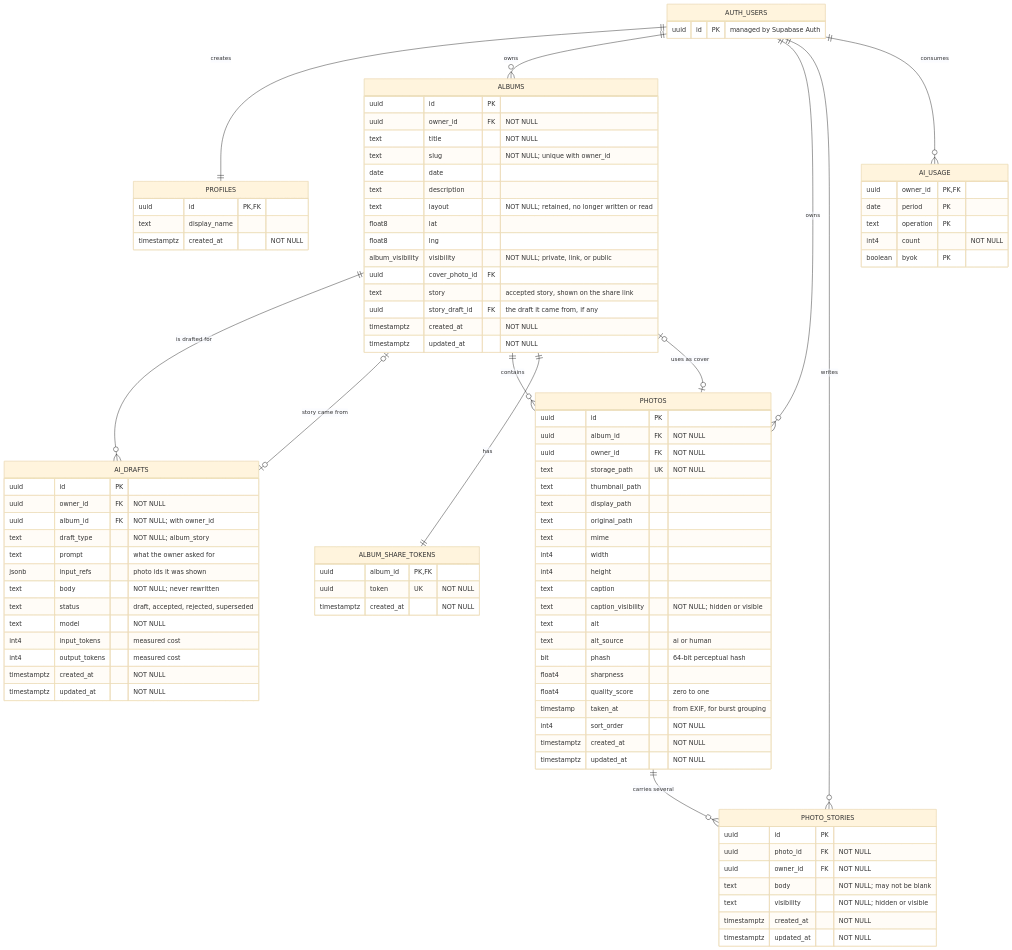
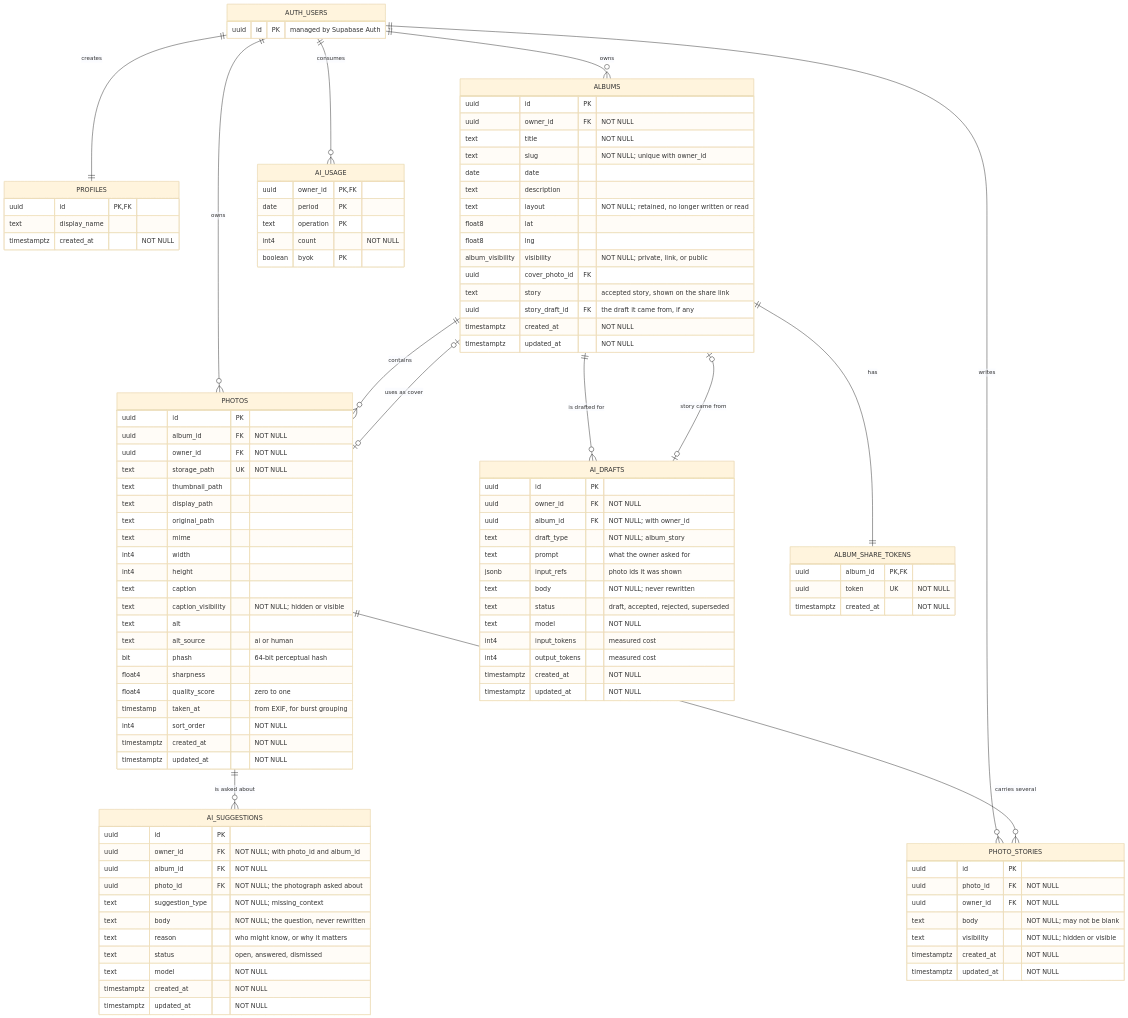
One commit to Elizabeth1979/albums-studio changed the second of 3 diagrams in docs/project-structure.md. Above: the diagram before and after it, drawn with Mermaid (base theme). The commit also changed other lines of this file and 19 other files, not shown here.

```diff
--- a/docs/project-structure.md
+++ b/docs/project-structure.md
@@ -146,6 +147,7 @@
     AUTH_USERS ||--o{ PHOTO_STORIES : writes
     AUTH_USERS ||--o{ AI_USAGE : consumes
     ALBUMS ||--o{ AI_DRAFTS : "is drafted for"
+    PHOTOS ||--o{ AI_SUGGESTIONS : "is asked about"
     ALBUMS o|--o| AI_DRAFTS : "story came from"
     ALBUMS ||--o{ PHOTOS : contains
     ALBUMS ||--|| ALBUM_SHARE_TOKENS : has
@@ -222,6 +224,20 @@
         boolean byok PK
     }
 
+    AI_SUGGESTIONS {
+        uuid id PK
+        uuid owner_id FK "NOT NULL; with photo_id and album_id"
+        uuid album_id FK "NOT NULL"
+        uuid photo_id FK "NOT NULL; the photograph asked about"
+        text suggestion_type "NOT NULL; missing_context"
+        text body "NOT NULL; the question, never rewritten"
+        text reason "who might know, or why it matters"
+        text status "open, answered, dismissed"
+        text model "NOT NULL"
+        timestamptz created_at "NOT NULL"
+        timestamptz updated_at "NOT NULL"
+    }
+
     AI_DRAFTS {
         uuid id PK
         uuid owner_id FK "NOT NULL"
```
